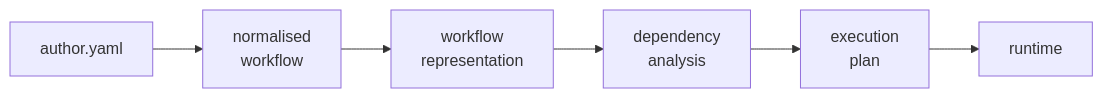
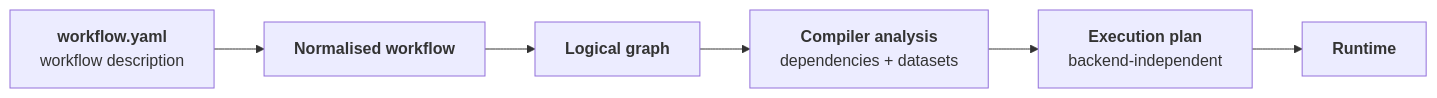
Before and after one commit to FAST-HEP/fasthep-flow: the first of 5 diagrams in docs/execution/index.md, drawn with Mermaid. The commit also changed other lines of this file and 7 other files, not shown here.

````diff
--- a/docs/execution/index.md
+++ b/docs/execution/index.md
@@ -7,11 +10,11 @@
 ```{mermaid}
 flowchart LR
-    Author["author.yaml"]
-    Normalised["normalised<br/>workflow"]
-    IR["workflow<br/>representation"]
-    Dependencies["dependency<br/>analysis"]
-    Plan["execution<br/>plan"]
-    Runtime["runtime"]
+    Workflow["<b>workflow.yaml</b><br/>workflow description"]:::input
+    Normalised["<b>Normalised workflow</b>"]:::flow
+    Graph["<b>Logical graph</b>"]:::flow
+    Analysis["<b>Compiler analysis</b><br/>dependencies + datasets"]:::flow
+    Plan["<b>Execution plan</b><br/>backend-independent"]:::plan
+    Runtime["<b>Runtime</b>"]:::runtime
 
-    Author --> Normalised --> IR --> Dependencies --> Plan --> Runtime
+    Workflow --> Normalised --> Graph --> Analysis --> Plan --> Runtime
 ```
````
